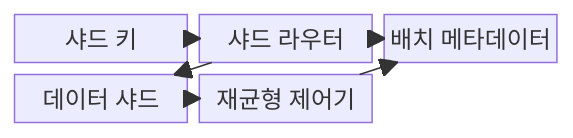
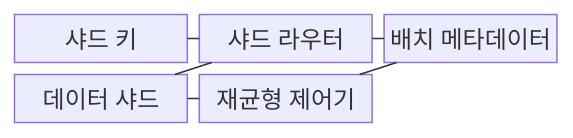
The first of 2 diagrams in src/content/docs/notes/03-software/099_sharding.md (agnusdei1207/knowledge-base), drawn with Mermaid before and after one commit. The commit also changed other lines of this file and 493 other files, not shown here.

````diff
--- a/src/content/docs/notes/03-software/099_sharding.md
+++ b/src/content/docs/notes/03-software/099_sharding.md
@@ -69,14 +69,14 @@
 ```mermaid
 block-beta
   columns 3
   K["샤드 키"]
   R["샤드 라우터"]
   M["배치 메타데이터"]
   S["데이터 샤드"]
   B["재균형 제어기"]
-  K --> R
-  M --> R
-  R --> S
-  B --> M
-  B --> S
+  K --- R
+  M --- R
+  R --- S
+  B --- M
+  B --- S
 ```
````
